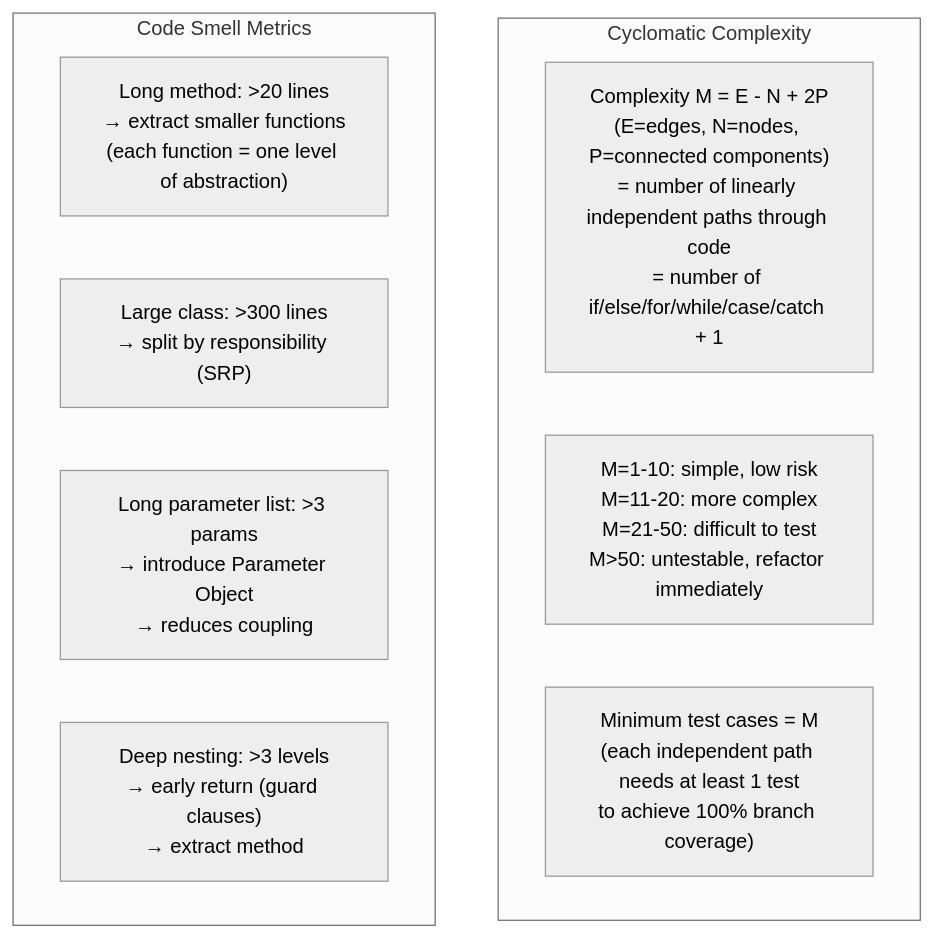
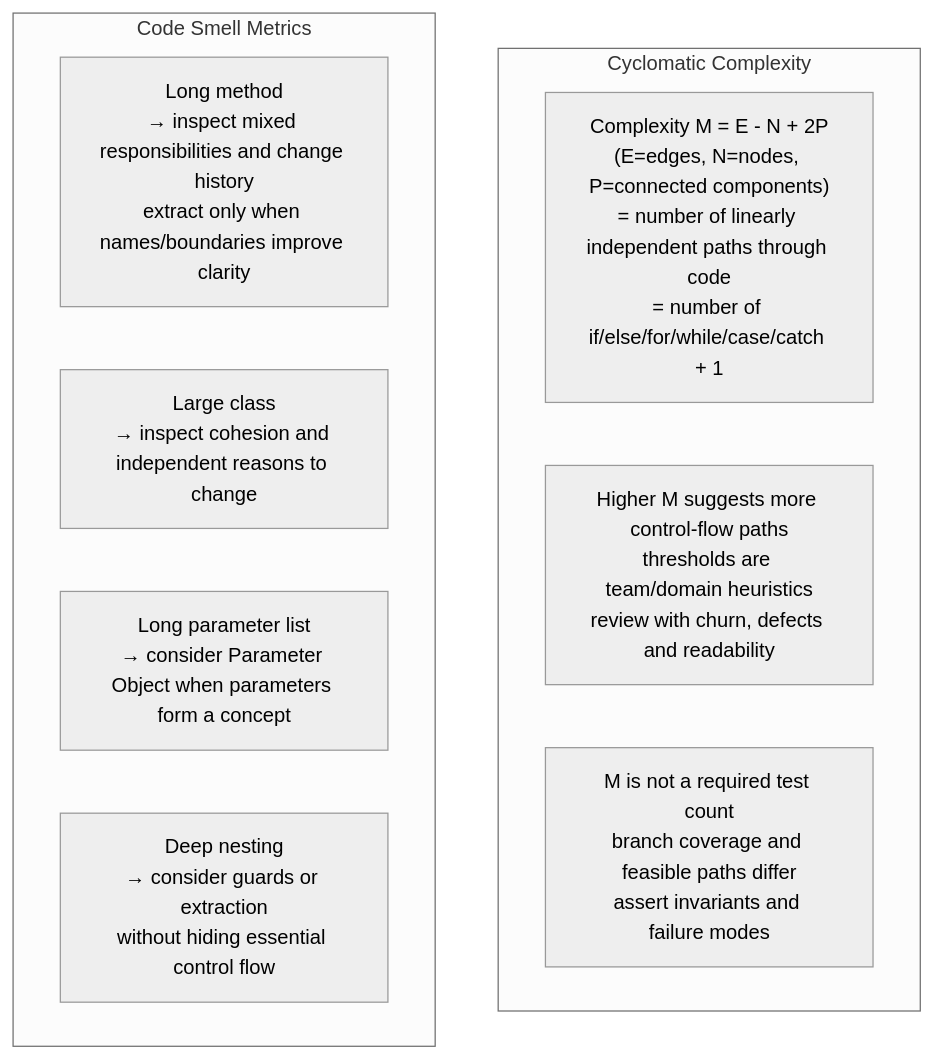
The tenth of 21 diagrams in content/docs/books/cs-reference/ko/software-engineering-internals.md (choisimo/document), drawn with Mermaid (neutral theme) before and after one commit. The commit also changed other lines of this file and 504 other files, not shown here.

````diff
--- a/content/docs/books/cs-reference/ko/software-engineering-internals.md
+++ b/content/docs/books/cs-reference/ko/software-engineering-internals.md
@@ -192,15 +200,15 @@
 ```mermaid
 flowchart TD
     subgraph "Cyclomatic Complexity"
         Formula["Complexity M = E - N + 2P\n(E=edges, N=nodes, P=connected components)\n= number of linearly independent paths through code\n= number of if/else/for/while/case/catch + 1"]
-        Thresholds["M=1-10: simple, low risk\nM=11-20: more complex\nM=21-50: difficult to test\nM>50: untestable, refactor immediately"]
-        Test["Minimum test cases = M\n(each independent path needs at least 1 test\nto achieve 100% branch coverage)"]
+        Thresholds["Higher M suggests more control-flow paths\nthresholds are team/domain heuristics\nreview with churn, defects and readability"]
+        Test["M is not a required test count\nbranch coverage and feasible paths differ\nassert invariants and failure modes"]
     end
 
     subgraph "Code Smell Metrics"
-        LongMethod["Long method: >20 lines\n→ extract smaller functions\n(each function = one level of abstraction)"]
-        LargeClass["Large class: >300 lines\n→ split by responsibility (SRP)"]
-        LongParam["Long parameter list: >3 params\n→ introduce Parameter Object\n→ reduces coupling"]
-        DeepNest["Deep nesting: >3 levels\n→ early return (guard clauses)\n→ extract method"]
+        LongMethod["Long method\n→ inspect mixed responsibilities and change history\nextract only when names/boundaries improve clarity"]
+        LargeClass["Large class\n→ inspect cohesion and independent reasons to change"]
+        LongParam["Long parameter list\n→ consider Parameter Object when parameters form a concept"]
+        DeepNest["Deep nesting\n→ consider guards or extraction\nwithout hiding essential control flow"]
     end
 ```
````
